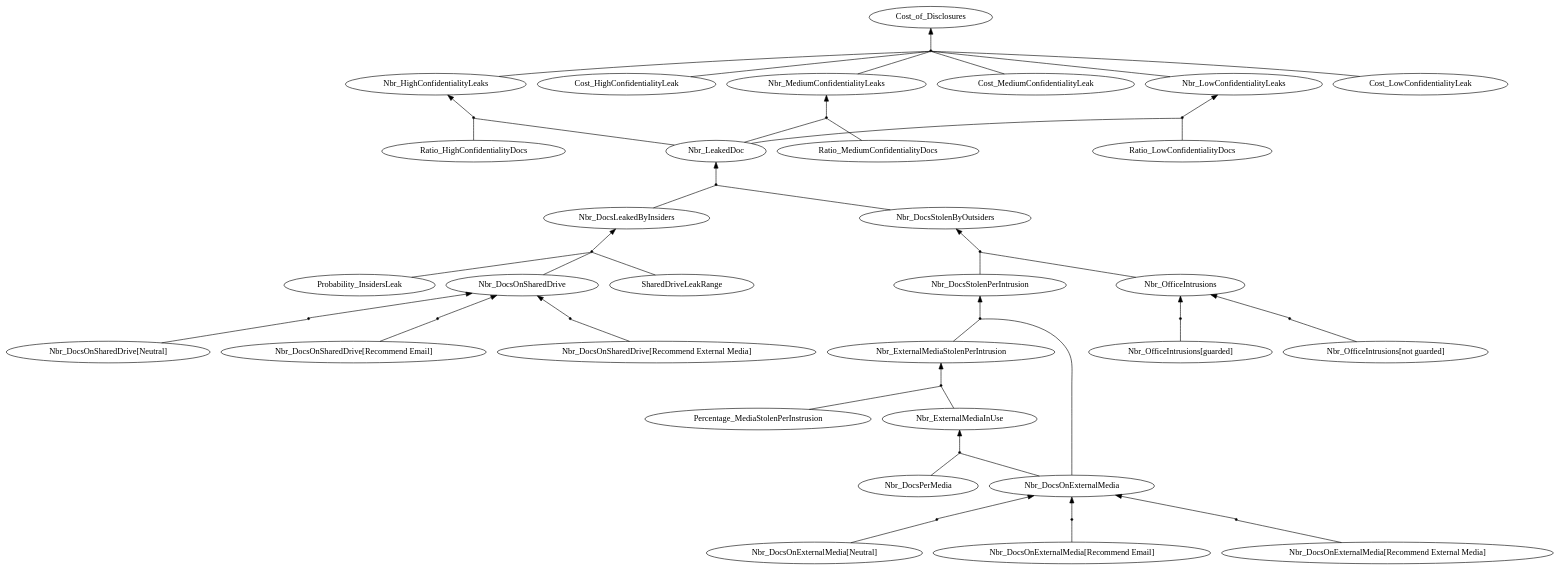
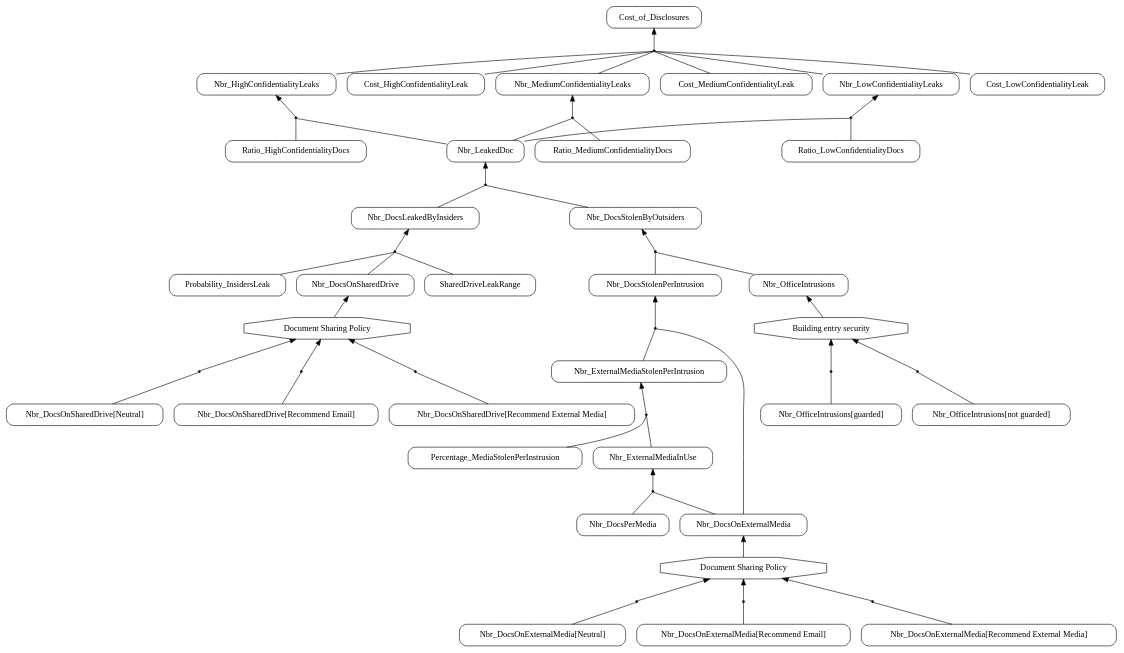
The diagram in uk.ac.ucl.cs.results/BSPDM/graph/vgraph.dot (sbusari/RADAR2), drawn with Graphviz before and after one commit. The commit also changed 46 other files, not shown here.

```diff
--- a/uk.ac.ucl.cs.results/BSPDM/graph/vgraph.dot
+++ b/uk.ac.ucl.cs.results/BSPDM/graph/vgraph.dot
@@ -1,95 +1,106 @@
 digraph G { 
 rankdir = BT 
-"Probability_InsidersLeak" [shape = oval] 
+"Probability_InsidersLeak"[shape = box, style = rounded] 
 AndRef0[shape = point] 
-AndRef0->"Nbr_DocsOnSharedDrive"
+1[label="Document Sharing Policy", shape = polygon, sides =8]1->"Nbr_DocsOnSharedDrive"
+"Nbr_DocsOnSharedDrive[Neutral]"[shape = box, style = rounded] 
+AndRef0->1
 "Nbr_DocsOnSharedDrive[Neutral]"->AndRef0 [dir = none] 
 AndRef1[shape = point] 
-AndRef1->"Nbr_DocsOnSharedDrive"
+1[label="Document Sharing Policy", shape = polygon, sides =8]"Nbr_DocsOnSharedDrive[Recommend Email]"[shape = box, style = rounded] 
+AndRef1->1
 "Nbr_DocsOnSharedDrive[Recommend Email]"->AndRef1 [dir = none] 
 AndRef2[shape = point] 
-AndRef2->"Nbr_DocsOnSharedDrive"
+1[label="Document Sharing Policy", shape = polygon, sides =8]"Nbr_DocsOnSharedDrive[Recommend External Media]"[shape = box, style = rounded] 
+AndRef2->1
 "Nbr_DocsOnSharedDrive[Recommend External Media]"->AndRef2 [dir = none] 
-"Nbr_DocsOnSharedDrive" [shape = oval] 
-"SharedDriveLeakRange" [shape = oval] 
-"Nbr_DocsLeakedByInsiders" [shape = oval] 
+"Nbr_DocsOnSharedDrive"[shape = box, style = rounded] 
+"SharedDriveLeakRange"[shape = box, style = rounded] 
+"Nbr_DocsLeakedByInsiders"[shape = box, style = rounded] 
 AndRef3[shape = point] 
 AndRef3->"Nbr_DocsLeakedByInsiders"
 "Probability_InsidersLeak"->AndRef3 [dir = none] 
 "Nbr_DocsOnSharedDrive"->AndRef3 [dir = none] 
 "SharedDriveLeakRange"->AndRef3 [dir = none] 
 AndRef4[shape = point] 
-AndRef4->"Nbr_OfficeIntrusions"
+5[label="Building entry security", shape = polygon, sides =8]5->"Nbr_OfficeIntrusions"
+"Nbr_OfficeIntrusions[not guarded]"[shape = box, style = rounded] 
+AndRef4->5
 "Nbr_OfficeIntrusions[not guarded]"->AndRef4 [dir = none] 
 AndRef5[shape = point] 
-AndRef5->"Nbr_OfficeIntrusions"
+5[label="Building entry security", shape = polygon, sides =8]"Nbr_OfficeIntrusions[guarded]"[shape = box, style = rounded] 
+AndRef5->5
 "Nbr_OfficeIntrusions[guarded]"->AndRef5 [dir = none] 
-"Nbr_OfficeIntrusions" [shape = oval] 
+"Nbr_OfficeIntrusions"[shape = box, style = rounded] 
 AndRef6[shape = point] 
-AndRef6->"Nbr_DocsOnExternalMedia"
+7[label="Document Sharing Policy", shape = polygon, sides =8]7->"Nbr_DocsOnExternalMedia"
+"Nbr_DocsOnExternalMedia[Neutral]"[shape = box, style = rounded] 
+AndRef6->7
 "Nbr_DocsOnExternalMedia[Neutral]"->AndRef6 [dir = none] 
 AndRef7[shape = point] 
-AndRef7->"Nbr_DocsOnExternalMedia"
+7[label="Document Sharing Policy", shape = polygon, sides =8]"Nbr_DocsOnExternalMedia[Recommend Email]"[shape = box, style = rounded] 
+AndRef7->7
 "Nbr_DocsOnExternalMedia[Recommend Email]"->AndRef7 [dir = none] 
 AndRef8[shape = point] 
-AndRef8->"Nbr_DocsOnExternalMedia"
+7[label="Document Sharing Policy", shape = polygon, sides =8]"Nbr_DocsOnExternalMedia[Recommend External Media]"[shape = box, style = rounded] 
+AndRef8->7
 "Nbr_DocsOnExternalMedia[Recommend External Media]"->AndRef8 [dir = none] 
-"Nbr_DocsOnExternalMedia" [shape = oval] 
-"Nbr_DocsPerMedia" [shape = oval] 
-"Nbr_ExternalMediaInUse" [shape = oval] 
+"Nbr_DocsOnExternalMedia"[shape = box, style = rounded] 
+"Nbr_DocsPerMedia"[shape = box, style = rounded] 
+"Nbr_ExternalMediaInUse"[shape = box, style = rounded] 
 AndRef9[shape = point] 
 AndRef9->"Nbr_ExternalMediaInUse"
 "Nbr_DocsOnExternalMedia"->AndRef9 [dir = none] 
 "Nbr_DocsPerMedia"->AndRef9 [dir = none] 
-"Percentage_MediaStolenPerInstrusion" [shape = oval] 
-"Nbr_ExternalMediaStolenPerIntrusion" [shape = oval] 
+"Percentage_MediaStolenPerInstrusion"[shape = box, style = rounded] 
+"Nbr_ExternalMediaStolenPerIntrusion"[shape = box, style = rounded] 
 AndRef10[shape = point] 
 AndRef10->"Nbr_ExternalMediaStolenPerIntrusion"
 "Nbr_ExternalMediaInUse"->AndRef10 [dir = none] 
 "Percentage_MediaStolenPerInstrusion"->AndRef10 [dir = none] 
-"Nbr_DocsStolenPerIntrusion" [shape = oval] 
+"Nbr_DocsStolenPerIntrusion"[shape = box, style = rounded] 
 AndRef11[shape = point] 
 AndRef11->"Nbr_DocsStolenPerIntrusion"
 "Nbr_ExternalMediaStolenPerIntrusion"->AndRef11 [dir = none] 
 "Nbr_DocsOnExternalMedia"->AndRef11 [dir = none] 
-"Nbr_DocsStolenByOutsiders" [shape = oval] 
+"Nbr_DocsStolenByOutsiders"[shape = box, style = rounded] 
 AndRef12[shape = point] 
 AndRef12->"Nbr_DocsStolenByOutsiders"
 "Nbr_OfficeIntrusions"->AndRef12 [dir = none] 
 "Nbr_DocsStolenPerIntrusion"->AndRef12 [dir = none] 
-"Nbr_LeakedDoc" [shape = oval] 
+"Nbr_LeakedDoc"[shape = box, style = rounded] 
 AndRef13[shape = point] 
 AndRef13->"Nbr_LeakedDoc"
 "Nbr_DocsLeakedByInsiders"->AndRef13 [dir = none] 
 "Nbr_DocsStolenByOutsiders"->AndRef13 [dir = none] 
-"Ratio_HighConfidentialityDocs" [shape = oval] 
-"Nbr_HighConfidentialityLeaks" [shape = oval] 
+"Ratio_HighConfidentialityDocs"[shape = box, style = rounded] 
+"Nbr_HighConfidentialityLeaks"[shape = box, style = rounded] 
 AndRef14[shape = point] 
 AndRef14->"Nbr_HighConfidentialityLeaks"
 "Nbr_LeakedDoc"->AndRef14 [dir = none] 
 "Ratio_HighConfidentialityDocs"->AndRef14 [dir = none] 
-"Cost_HighConfidentialityLeak" [shape = oval] 
-"Ratio_MediumConfidentialityDocs" [shape = oval] 
-"Nbr_MediumConfidentialityLeaks" [shape = oval] 
+"Cost_HighConfidentialityLeak"[shape = box, style = rounded] 
+"Ratio_MediumConfidentialityDocs"[shape = box, style = rounded] 
+"Nbr_MediumConfidentialityLeaks"[shape = box, style = rounded] 
 AndRef15[shape = point] 
 AndRef15->"Nbr_MediumConfidentialityLeaks"
 "Nbr_LeakedDoc"->AndRef15 [dir = none] 
 "Ratio_MediumConfidentialityDocs"->AndRef15 [dir = none] 
-"Cost_MediumConfidentialityLeak" [shape = oval] 
-"Ratio_LowConfidentialityDocs" [shape = oval] 
-"Nbr_LowConfidentialityLeaks" [shape = oval] 
+"Cost_MediumConfidentialityLeak"[shape = box, style = rounded] 
+"Ratio_LowConfidentialityDocs"[shape = box, style = rounded] 
+"Nbr_LowConfidentialityLeaks"[shape = box, style = rounded] 
 AndRef16[shape = point] 
 AndRef16->"Nbr_LowConfidentialityLeaks"
 "Nbr_LeakedDoc"->AndRef16 [dir = none] 
 "Ratio_LowConfidentialityDocs"->AndRef16 [dir = none] 
-"Cost_LowConfidentialityLeak" [shape = oval] 
-"Cost_of_Disclosures" [shape = oval] 
+"Cost_LowConfidentialityLeak"[shape = box, style = rounded] 
+"Cost_of_Disclosures"[shape = box, style = rounded] 
 AndRef17[shape = point] 
 AndRef17->"Cost_of_Disclosures"
 "Nbr_HighConfidentialityLeaks"->AndRef17 [dir = none] 
 "Cost_HighConfidentialityLeak"->AndRef17 [dir = none] 
 "Nbr_MediumConfidentialityLeaks"->AndRef17 [dir = none] 
 "Cost_MediumConfidentialityLeak"->AndRef17 [dir = none] 
 "Nbr_LowConfidentialityLeaks"->AndRef17 [dir = none] 
 "Cost_LowConfidentialityLeak"->AndRef17 [dir = none] 
 }
```
